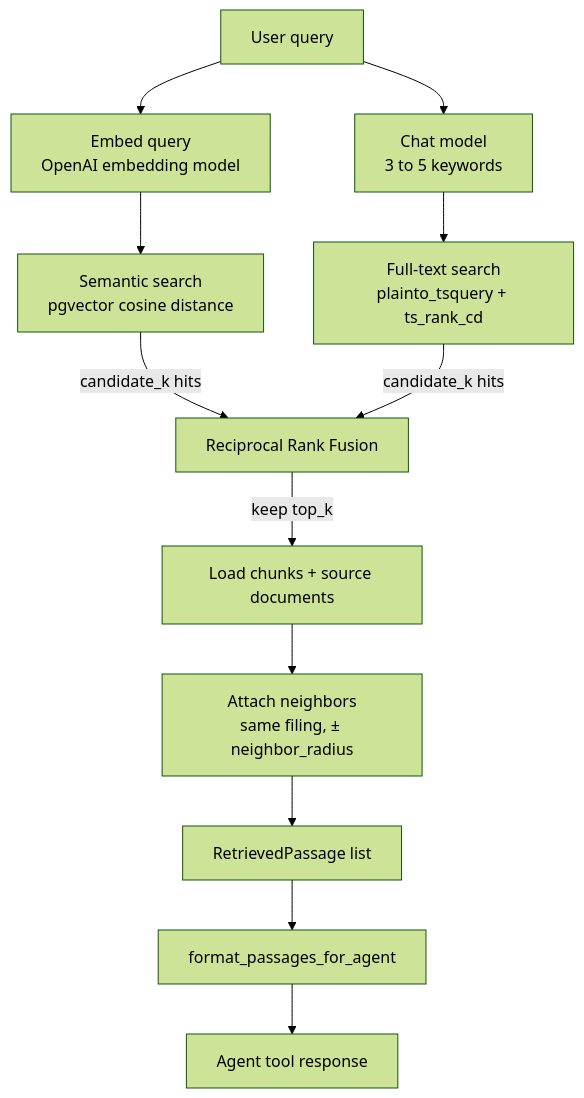
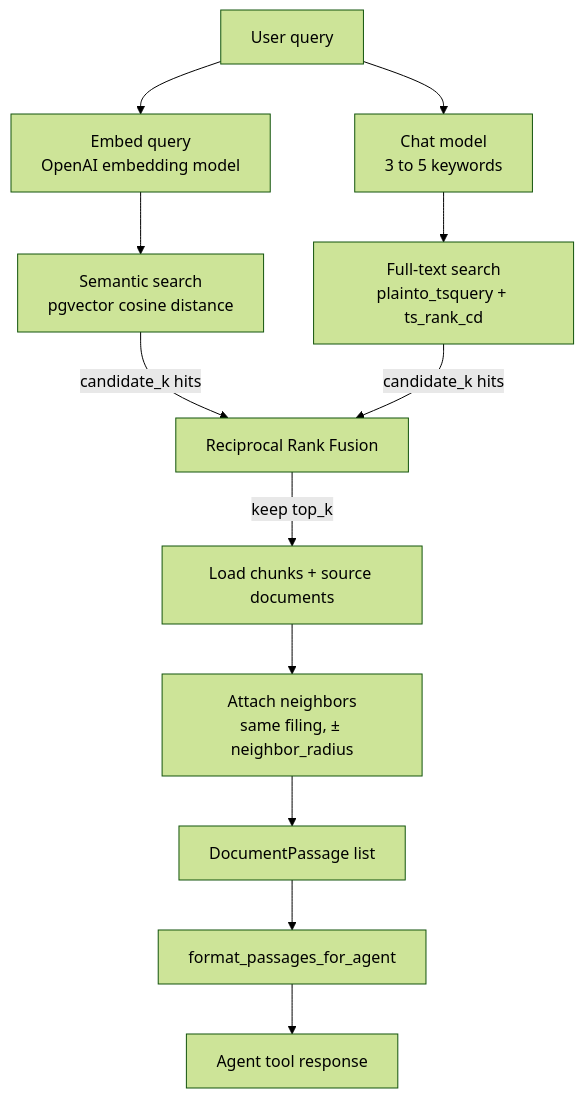
One commit to borbalita/folio changed the diagram in backend/app/retrieval/README.md. Above: the diagram before and after it, drawn with Mermaid (forest theme). The commit also changed other lines of this file and 51 other files, not shown here.

````diff
--- a/backend/app/retrieval/README.md
+++ b/backend/app/retrieval/README.md
@@ -9,17 +21,17 @@
 ```mermaid
 flowchart TD
     query[User query] --> embed[Embed query<br/>OpenAI embedding model]
     query --> keywords[Chat model<br/>3 to 5 keywords]
     keywords --> fts[Full-text search<br/>plainto_tsquery + ts_rank_cd]
     embed --> semantic[Semantic search<br/>pgvector cosine distance]
 
     semantic -->|"candidate_k hits"| rrf[Reciprocal Rank Fusion]
     fts -->|"candidate_k hits"| rrf
 
     rrf -->|"keep top_k"| hydrate[Load chunks + source documents]
     hydrate --> neighbors[Attach neighbors<br/>same filing, ± neighbor_radius]
-    neighbors --> passages[RetrievedPassage list]
+    neighbors --> passages[DocumentPassage list]
 
     passages --> format[format_passages_for_agent]
     format --> agent[Agent tool response]
 ```
````
